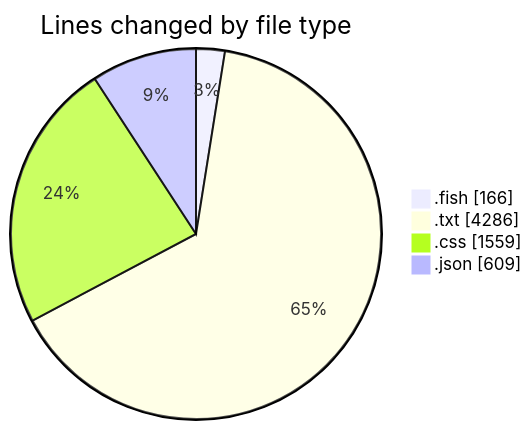
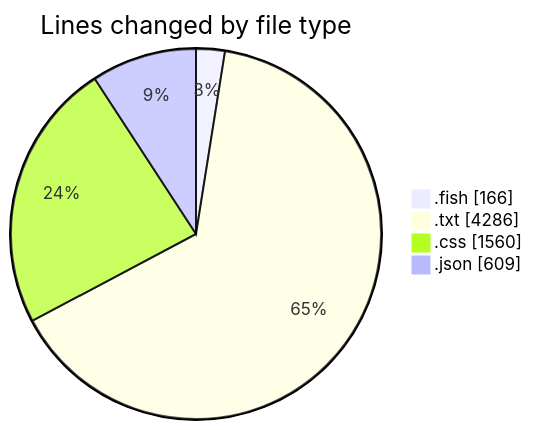
The first of 2 diagrams in 2025-07-21/fish/README.md (EIIisD/code-tracking), drawn with Mermaid before and after one commit. The commit also changed other lines of this file and 1 other file, not shown here.

````diff
--- a/2025-07-21/fish/README.md
+++ b/2025-07-21/fish/README.md
@@ -24,8 +24,8 @@
 ```mermaid
 pie showData
 title Lines changed by file type
 ".fish" : 166
 ".txt" : 4286
-".css" : 1559
+".css" : 1560
 ".json" : 609
 ```
````
